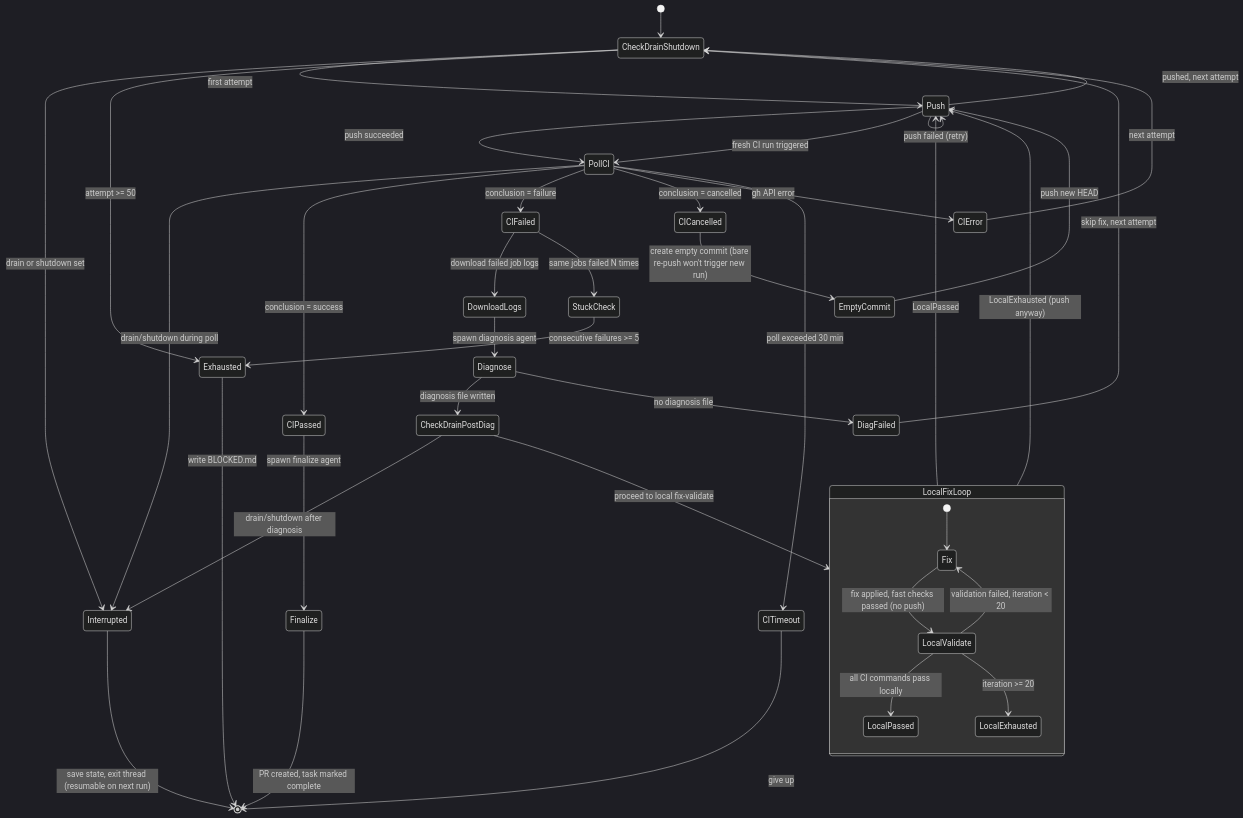
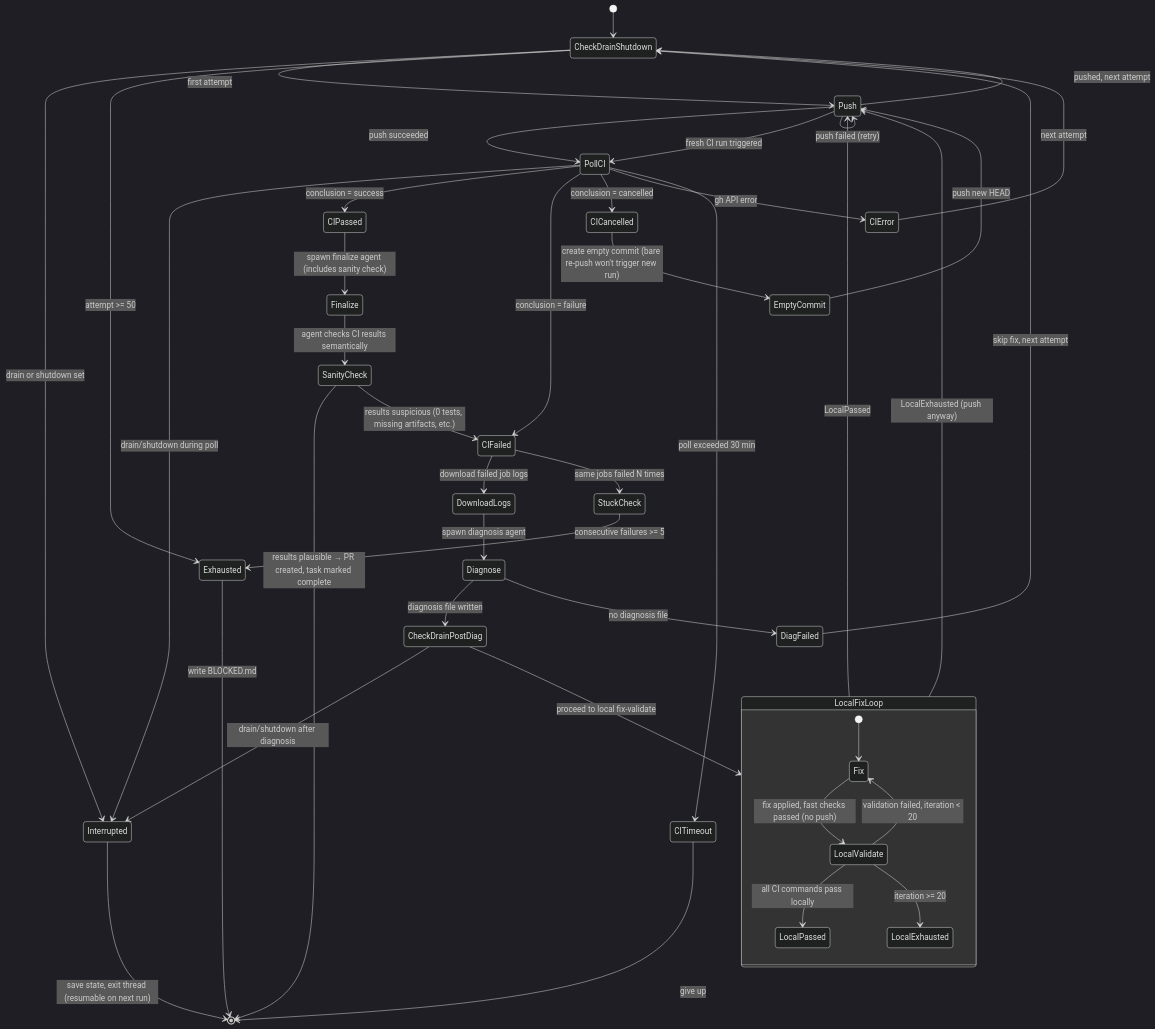
The fourth of 5 diagrams in .claude/skills/spec-kit/parallel-runner-state-machine.md (mmmaxwwwell/agent-framework), drawn with Mermaid (dark theme) before and after one commit. The commit also changed 3 other files, not shown here.

````diff
--- a/.claude/skills/spec-kit/parallel-runner-state-machine.md
+++ b/.claude/skills/spec-kit/parallel-runner-state-machine.md
@@ -386,56 +386,58 @@
 ```mermaid
 stateDiagram-v2
     [*] --> CheckDrainShutdown
 
     CheckDrainShutdown --> Interrupted : drain or shutdown set
     CheckDrainShutdown --> Push : first attempt
 
     Push --> PollCI : push succeeded
     Push --> Push : push failed (retry)
 
     PollCI --> Interrupted : drain/shutdown during poll
     PollCI --> CIPassed : conclusion = success
     PollCI --> CIFailed : conclusion = failure
     PollCI --> CICancelled : conclusion = cancelled
     PollCI --> CIError : gh API error
     PollCI --> CITimeout : poll exceeded 30 min
 
-    CIPassed --> Finalize : spawn finalize agent
-    Finalize --> [*] : PR created, task marked complete
+    CIPassed --> Finalize : spawn finalize agent (includes sanity check)
+    Finalize --> SanityCheck : agent checks CI results semantically
+    SanityCheck --> [*] : results plausible → PR created, task marked complete
+    SanityCheck --> CIFailed : results suspicious (0 tests, missing artifacts, etc.)
 
     CICancelled --> EmptyCommit : create empty commit (bare re-push won't trigger new run)
     EmptyCommit --> Push : push new HEAD
     Push --> PollCI : fresh CI run triggered
 
     CIFailed --> DownloadLogs : download failed job logs
     DownloadLogs --> Diagnose : spawn diagnosis agent
 
     Diagnose --> CheckDrainPostDiag : diagnosis file written
     Diagnose --> DiagFailed : no diagnosis file
     DiagFailed --> CheckDrainShutdown : skip fix, next attempt
 
     CheckDrainPostDiag --> Interrupted : drain/shutdown after diagnosis
     CheckDrainPostDiag --> LocalFixLoop : proceed to local fix-validate
 
     state LocalFixLoop {
         [*] --> Fix
         Fix --> LocalValidate : fix applied, fast checks passed (no push)
         LocalValidate --> LocalPassed : all CI commands pass locally
         LocalValidate --> Fix : validation failed, iteration < 20
         LocalValidate --> LocalExhausted : iteration >= 20
     }
 
     LocalFixLoop --> Push : LocalPassed
     LocalFixLoop --> Push : LocalExhausted (push anyway)
     CIFailed --> StuckCheck : same jobs failed N times
     StuckCheck --> Exhausted : consecutive failures >= 5
     Push --> CheckDrainShutdown : pushed, next attempt
 
     CIError --> CheckDrainShutdown : next attempt
     CITimeout --> [*] : give up
 
     CheckDrainShutdown --> Exhausted : attempt >= 50
     Exhausted --> [*] : write BLOCKED.md
 
     Interrupted --> [*] : save state, exit thread (resumable on next run)
 ```
````
